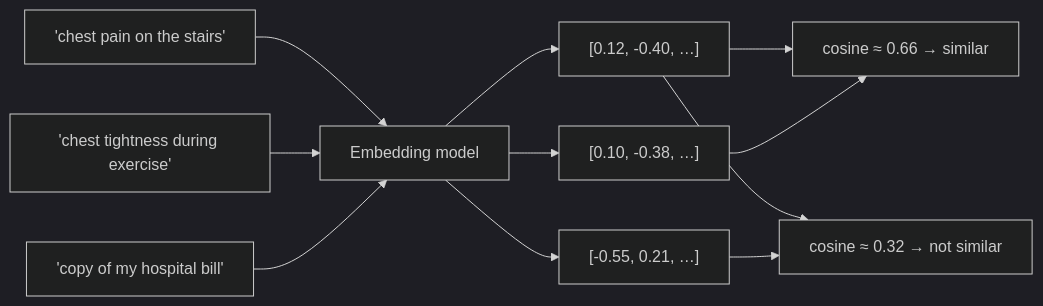
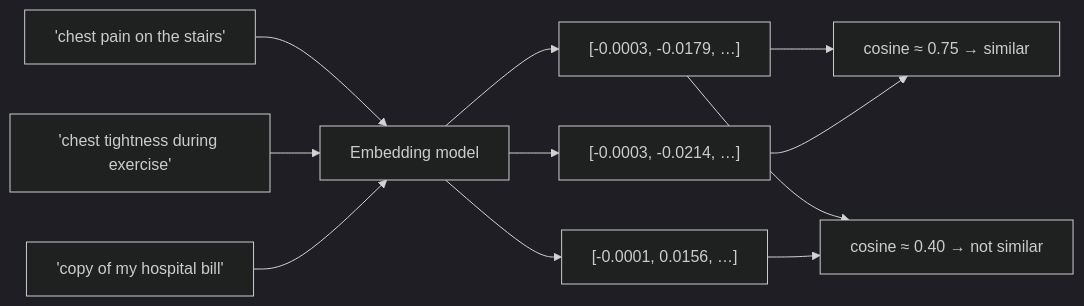
One commit to ashokduraik/agentic-ai-handbook-ts changed the first of 2 diagrams in 01-foundations-structured-output/06-embeddings/README.md. Above: the diagram before and after it, drawn with Mermaid (dark theme). The commit also changed other lines of this file and 1 other file, not shown here.

````diff
--- a/01-foundations-structured-output/06-embeddings/README.md
+++ b/01-foundations-structured-output/06-embeddings/README.md
@@ -34,11 +79,11 @@
 ```mermaid
 flowchart LR
   T1["'chest pain on the stairs'"] --> E[Embedding model]
   T2["'chest tightness during exercise'"] --> E
   T3["'copy of my hospital bill'"] --> E
-  E --> V1["[0.12, -0.40, …]"]
-  E --> V2["[0.10, -0.38, …]"]
-  E --> V3["[-0.55, 0.21, …]"]
-  V1 & V2 --> S1["cosine ≈ 0.66 → similar"]
-  V1 & V3 --> S2["cosine ≈ 0.32 → not similar"]
+  E --> V1["[-0.0003, -0.0179, …]"]
+  E --> V2["[-0.0003, -0.0214, …]"]
+  E --> V3["[-0.0001, 0.0156, …]"]
+  V1 & V2 --> S1["cosine ≈ 0.75 → similar"]
+  V1 & V3 --> S2["cosine ≈ 0.40 → not similar"]
 ```
````
